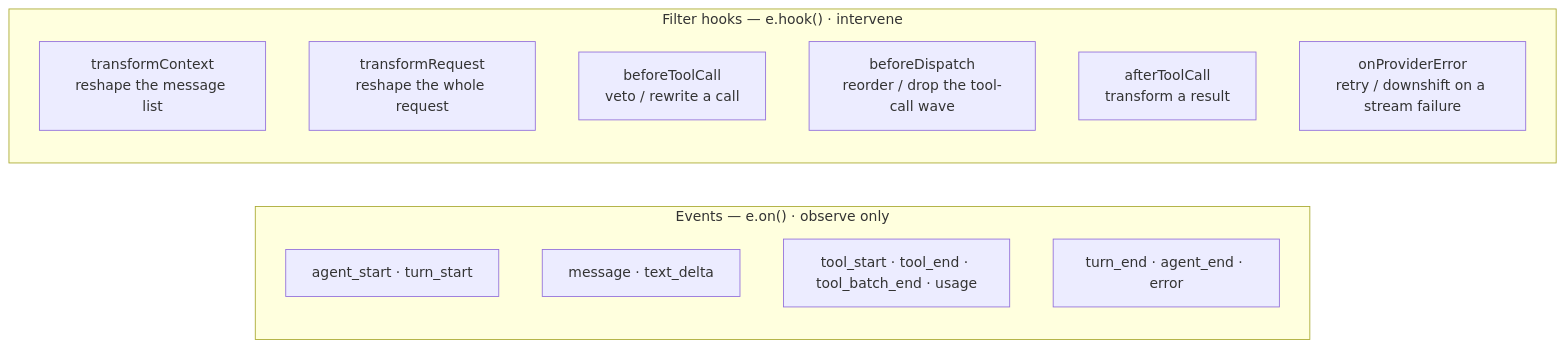
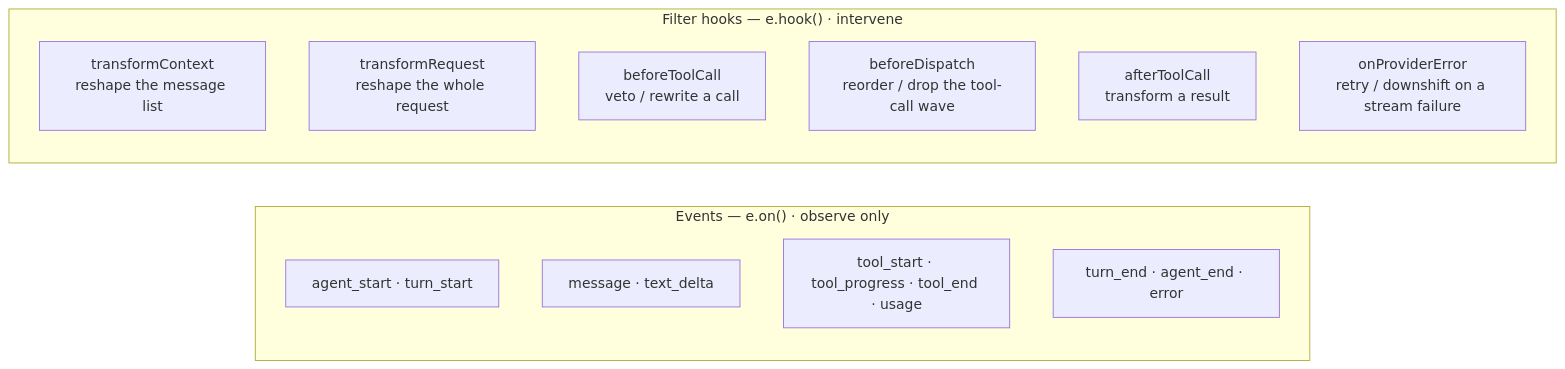
The third of 5 diagrams in README.md (caohaotiantian/EAgent), drawn with Mermaid before and after one commit. The commit also changed other lines of this file and 8 other files, not shown here.

````diff
--- a/README.md
+++ b/README.md
@@ -157,19 +157,19 @@
 ```mermaid
 flowchart LR
     subgraph OBS["Events — e.on() · observe only"]
         direction TB
         EVA["agent_start · turn_start"]
         EVB["message · text_delta"]
-        EVC["tool_start · tool_end · tool_batch_end · usage"]
+        EVC["tool_start · tool_progress · tool_end · usage"]
         EVD["turn_end · agent_end · error"]
     end
     subgraph INT["Filter hooks — e.hook() · intervene"]
         direction TB
         H1["transformContext<br/>reshape the message list"]
         H2["transformRequest<br/>reshape the whole request"]
         H3["beforeToolCall<br/>veto / rewrite a call"]
         H4["beforeDispatch<br/>reorder / drop the tool-call wave"]
         H5["afterToolCall<br/>transform a result"]
         H6["onProviderError<br/>retry / downshift on a stream failure"]
     end
 ```
````
